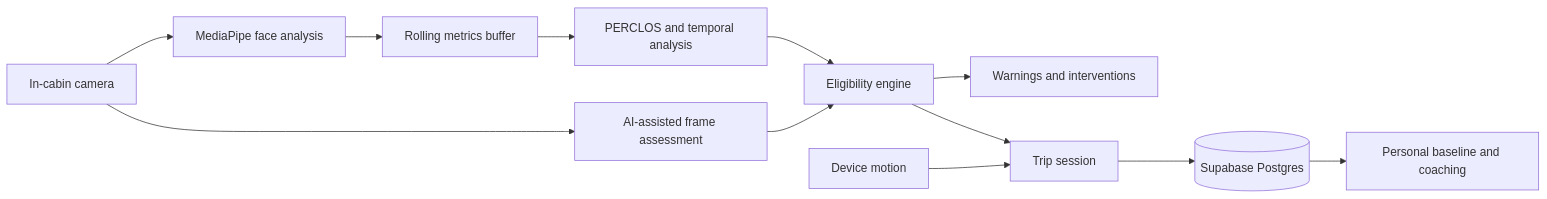
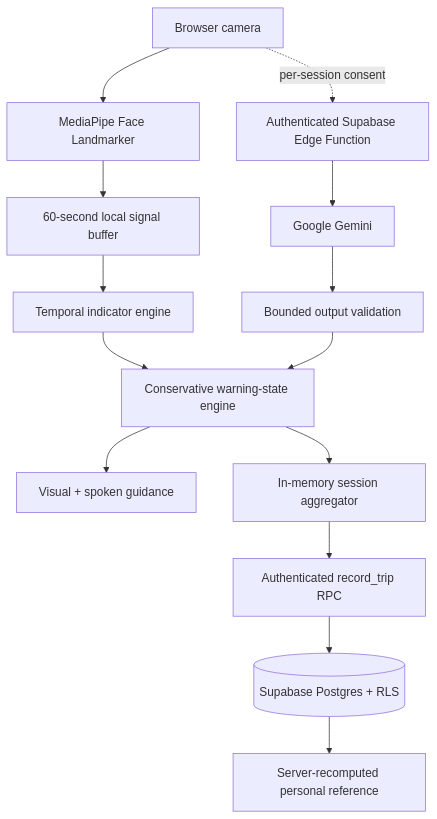
The second of 2 diagrams in README.md (Prarth314/Cognihood), drawn with Mermaid before and after one commit. The commit also changed other lines of this file and 3 other files, not shown here.

````diff
--- a/README.md
+++ b/README.md
@@ -31,14 +80,18 @@
 ```mermaid
-flowchart LR
-    Camera[In-cabin camera] --> MP[MediaPipe face analysis]
-    MP --> Buffer[Rolling metrics buffer]
-    Buffer --> Temporal[PERCLOS and temporal analysis]
-    Camera --> AI[AI-assisted frame assessment]
-    Temporal --> Eligibility[Eligibility engine]
-    AI --> Eligibility
-    Eligibility --> UI[Warnings and interventions]
-    Eligibility --> Trip[Trip session]
-    Motion[Device motion] --> Trip
-    Trip --> DB[(Supabase Postgres)]
-    DB --> Baseline[Personal baseline and coaching]
+flowchart TB
+    Camera[Browser camera] --> MP[MediaPipe Face Landmarker]
+    MP --> Buffer[60-second local signal buffer]
+    Buffer --> Temporal[Temporal indicator engine]
+    Temporal --> State[Conservative warning-state engine]
+
+    Camera -. per-session consent .-> Edge[Authenticated Supabase Edge Function]
+    Edge --> Gemini[Google Gemini]
+    Gemini --> Validate[Bounded output validation]
+    Validate --> State
+
+    State --> UI[Visual + spoken guidance]
+    State --> Session[In-memory session aggregator]
+    Session --> RPC[Authenticated record_trip RPC]
+    RPC --> DB[(Supabase Postgres + RLS)]
+    DB --> Reference[Server-recomputed personal reference]
 ```
````
